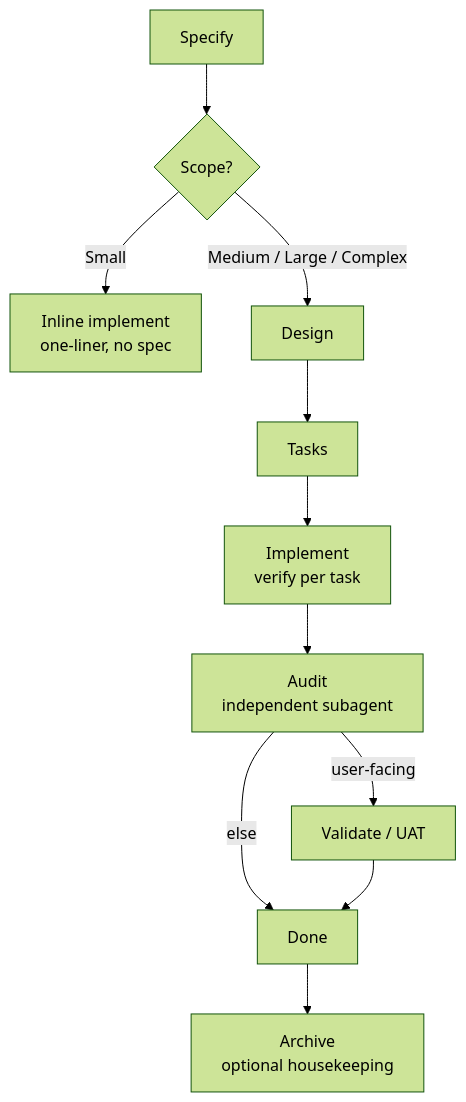
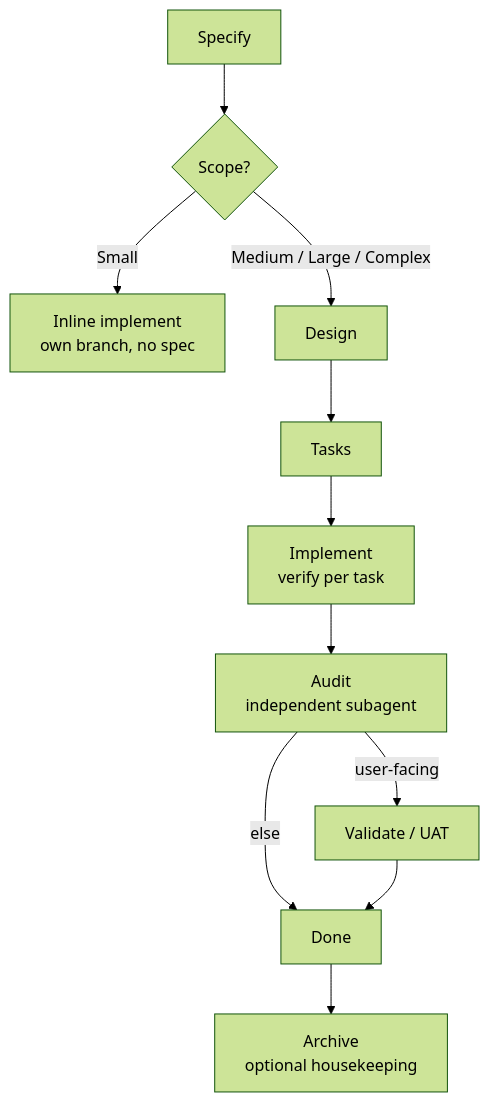
Before and after one commit to adeonir/agent-skills: the diagram in skills/engineering/spec-driven/README.md, drawn with Mermaid (forest theme). The commit also changed other lines of this file and 3 other files, not shown here.

First line of the commit message:
fix(spec-driven): put Small changes on their own branch

````diff
--- a/skills/engineering/spec-driven/README.md
+++ b/skills/engineering/spec-driven/README.md
@@ -9,13 +9,13 @@
 ```mermaid
 flowchart TD
     A[Specify] --> B{Scope?}
-    B -->|Small| S[Inline implement<br/>one-liner, no spec]
+    B -->|Small| S[Inline implement<br/>own branch, no spec]
     B -->|Medium / Large / Complex| D[Design]
     D --> T[Tasks]
     T --> I[Implement<br/>verify per task]
     I --> AU[Audit<br/>independent subagent]
     AU -->|user-facing| V[Validate / UAT]
     AU -->|else| DN[Done]
     V --> DN
     DN --> AR[Archive<br/>optional housekeeping]
 ```
````
